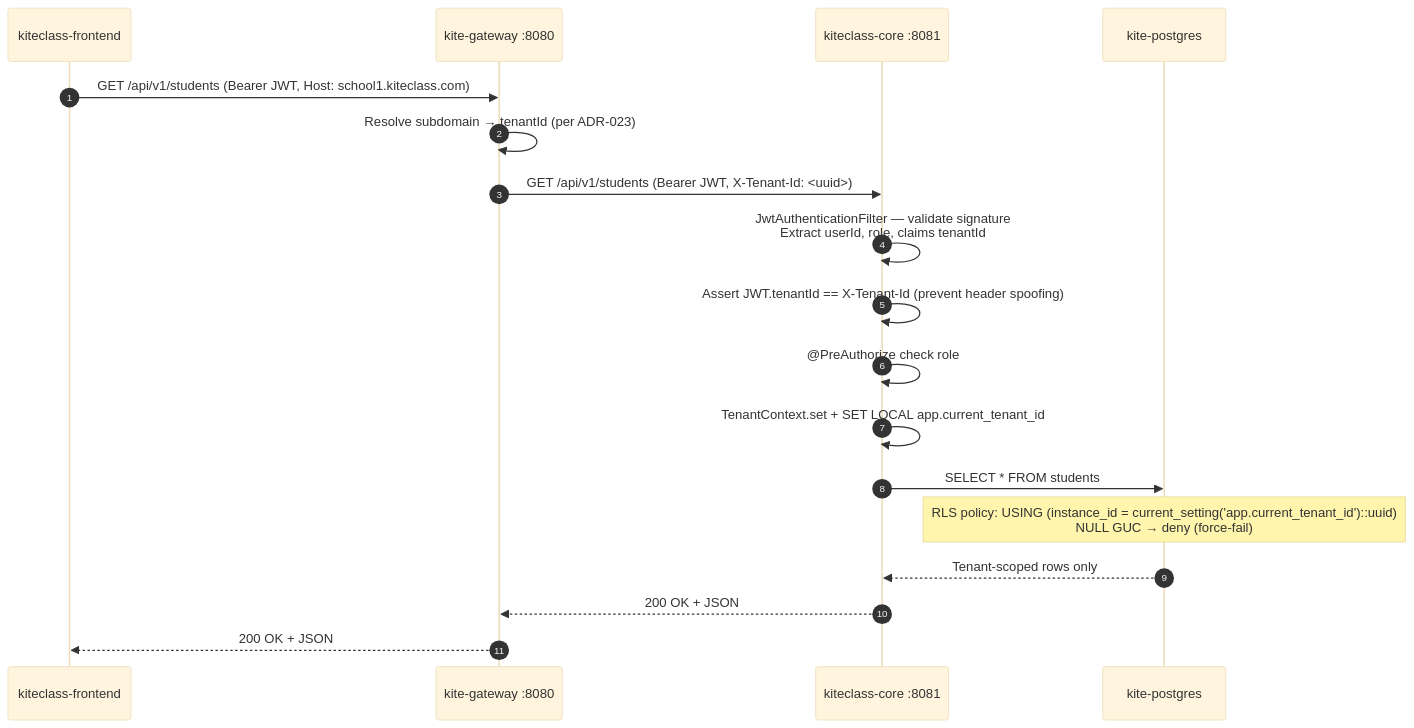
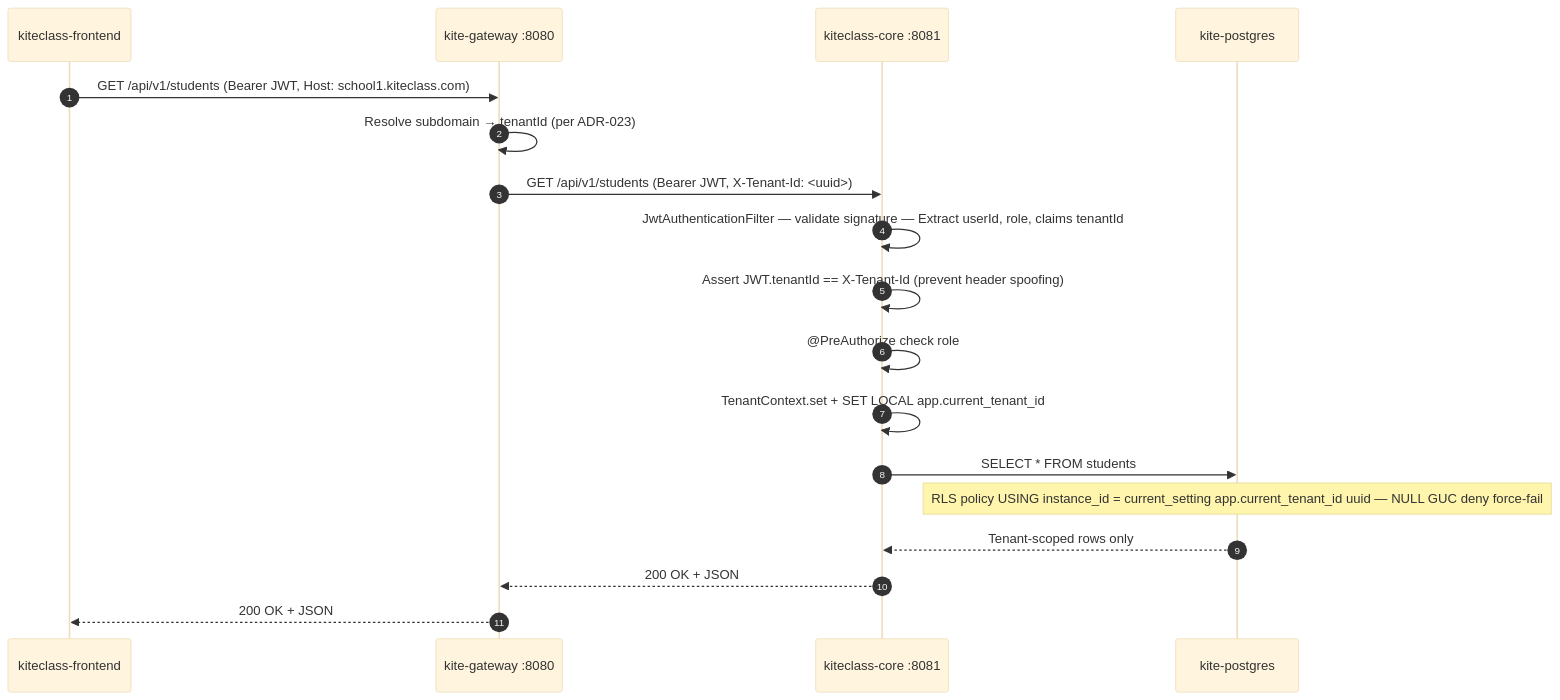
One commit to VictorAurelius/2026-Kite-Class-Platform changed the third of 5 diagrams in documents/02-architecture/kiteclass-architecture.md. Above: the diagram before and after it, drawn with Mermaid (base theme). The commit also changed other lines of this file and 8 other files, not shown here.

First line of the commit message:
fix(02-arch): mermaid Note over <br/> render error (recurrence #6) + rule doc anti-pattern (#1572)

````diff
--- a/documents/02-architecture/kiteclass-architecture.md
+++ b/documents/02-architecture/kiteclass-architecture.md
@@ -148,24 +148,24 @@
 ```mermaid
 sequenceDiagram
     autonumber
     participant Client as kiteclass-frontend
     participant Gateway as kite-gateway :8080
     participant Core as kiteclass-core :8081
     participant DB as kite-postgres
 
     Client->>Gateway: GET /api/v1/students (Bearer JWT, Host: school1.kiteclass.com)
     Gateway->>Gateway: Resolve subdomain → tenantId (per ADR-023)
     Gateway->>Core: GET /api/v1/students (Bearer JWT, X-Tenant-Id: <uuid>)
 
-    Core->>Core: JwtAuthenticationFilter — validate signature<br/>Extract userId, role, claims tenantId
+    Core->>Core: JwtAuthenticationFilter — validate signature — Extract userId, role, claims tenantId
     Core->>Core: Assert JWT.tenantId == X-Tenant-Id (prevent header spoofing)
     Core->>Core: @PreAuthorize check role
     Core->>Core: TenantContext.set + SET LOCAL app.current_tenant_id
 
     Core->>DB: SELECT * FROM students
-    Note over DB: RLS policy: USING (instance_id = current_setting('app.current_tenant_id')::uuid)<br/>NULL GUC → deny (force-fail)
+    Note over DB: RLS policy USING instance_id = current_setting app.current_tenant_id uuid — NULL GUC deny force-fail
     DB-->>Core: Tenant-scoped rows only
 
     Core-->>Gateway: 200 OK + JSON
     Gateway-->>Client: 200 OK + JSON
 ```
````
